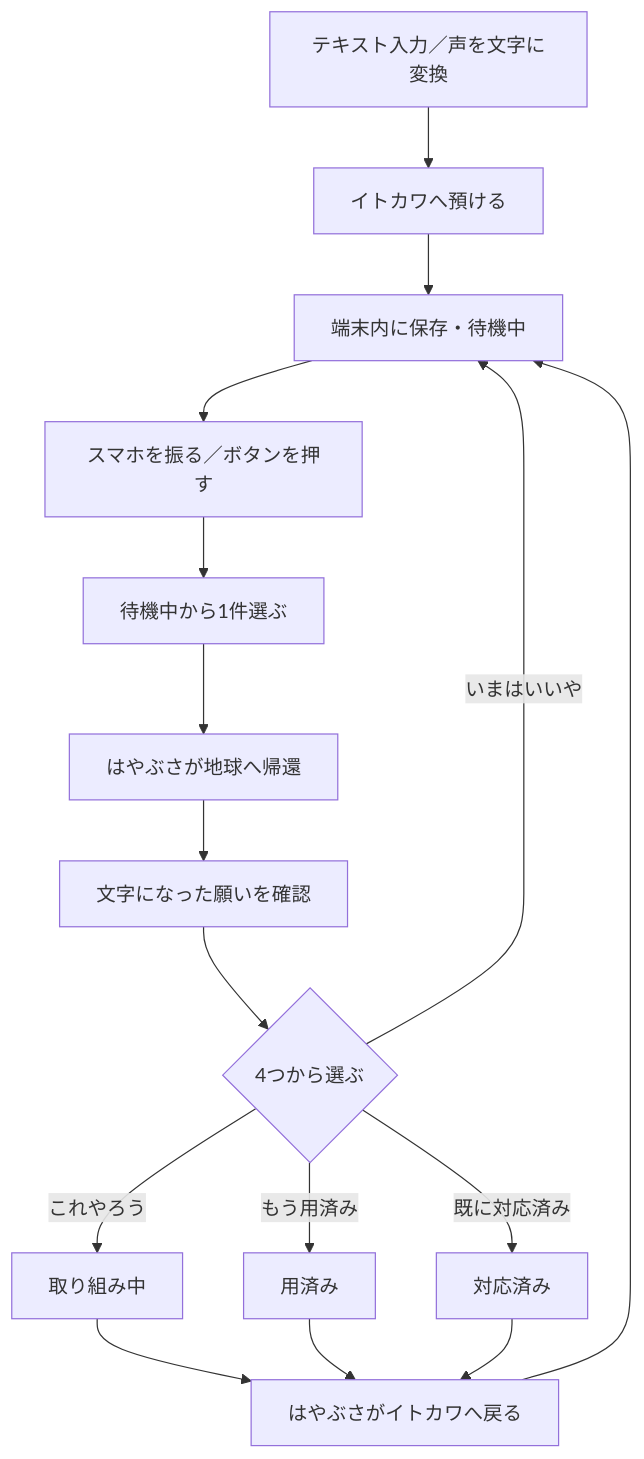
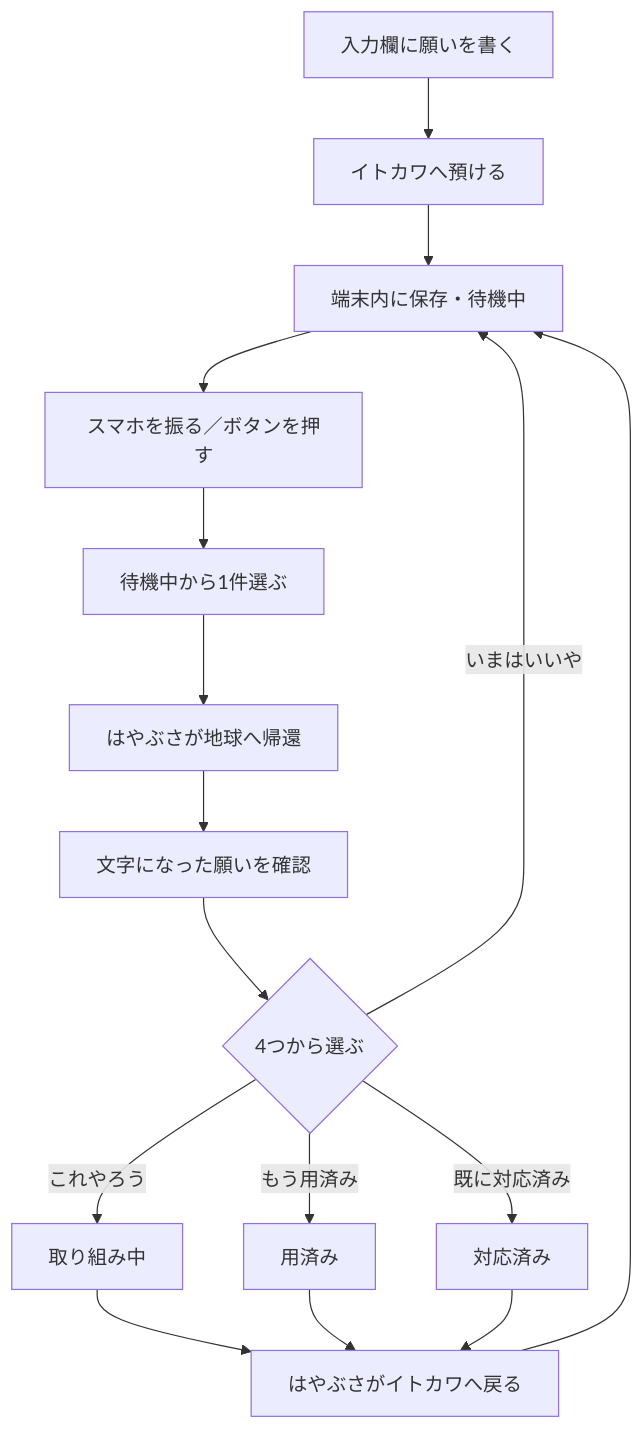
One commit to mai-san447/hello-earth-25143 changed the diagram in docs/処理フロー.md. Above: the diagram before and after it, drawn with Mermaid. The commit also changed other lines of this file, not shown here.

````diff
--- a/docs/処理フロー.md
+++ b/docs/処理フロー.md
@@ -5,18 +5,18 @@
 ```mermaid
 flowchart TD
-    A["テキスト入力／声を文字に変換"] --> B["イトカワへ預ける"]
+    A["入力欄に願いを書く"] --> B["イトカワへ預ける"]
     B --> C["端末内に保存・待機中"]
     C --> D["スマホを振る／ボタンを押す"]
     D --> E["待機中から1件選ぶ"]
     E --> F["はやぶさが地球へ帰還"]
     F --> G["文字になった願いを確認"]
     G --> H{"4つから選ぶ"}
     H -->|これやろう| I["取り組み中"]
     H -->|いまはいいや| C
     H -->|もう用済み| J["用済み"]
     H -->|既に対応済み| K["対応済み"]
     I --> L["はやぶさがイトカワへ戻る"]
     J --> L
     K --> L
     L --> C
 ```
````
